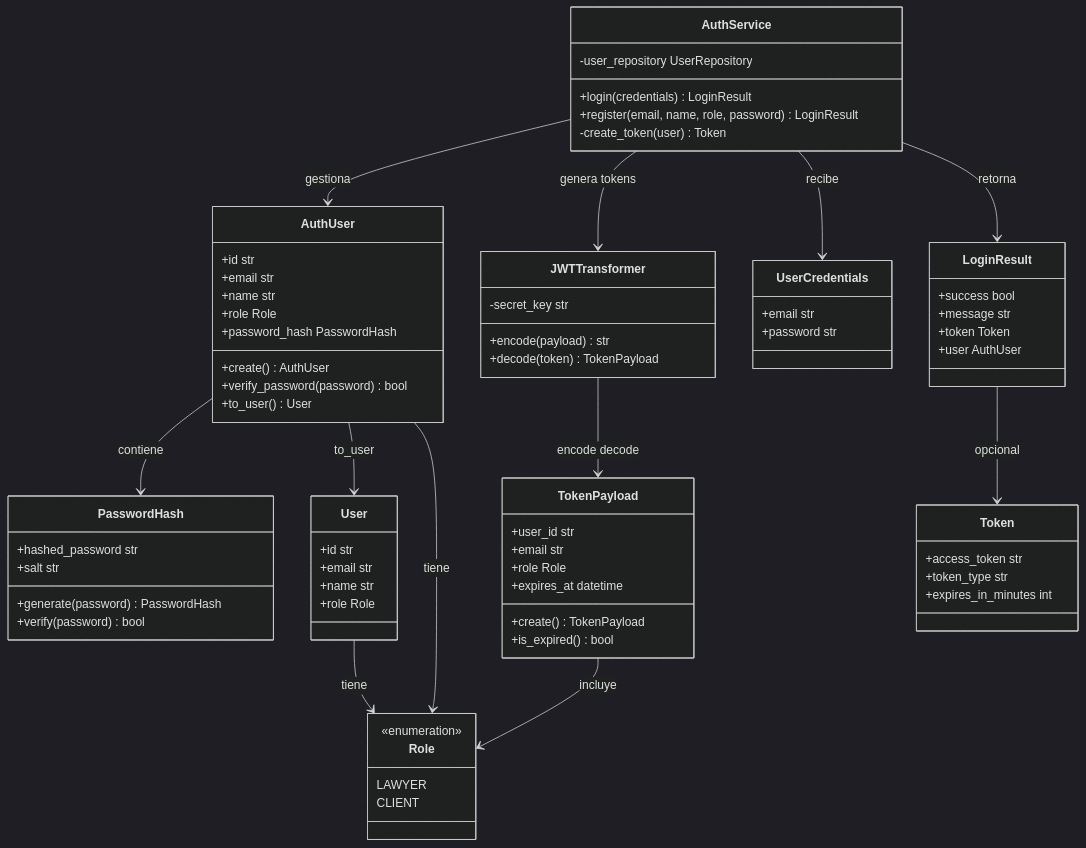
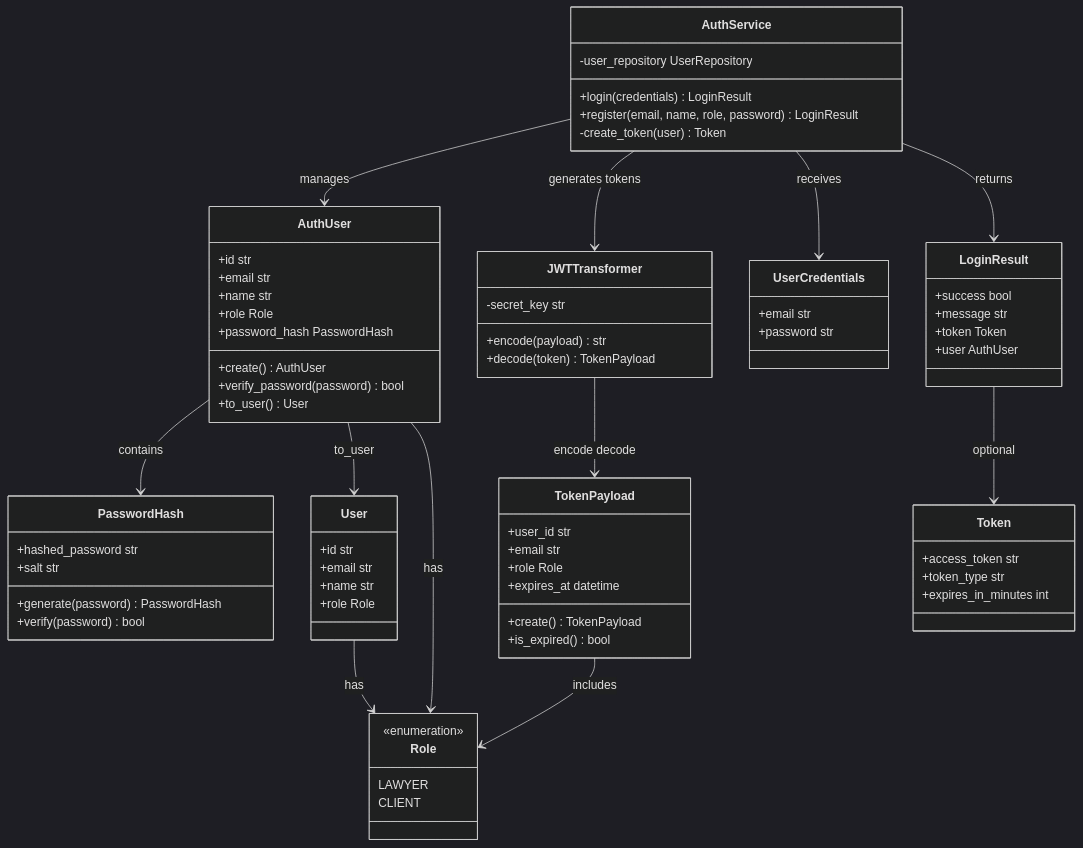
The first of 3 diagrams in docs/architecture/c4-level4-code-auth.md (victorm-ai/legal-rent-ai), drawn with Mermaid (dark theme) before and after one commit. The commit also changed other lines of this file and 57 other files, not shown here.

````diff
--- a/docs/architecture/c4-level4-code-auth.md
+++ b/docs/architecture/c4-level4-code-auth.md
@@ -79,15 +79,15 @@
         CLIENT
     }
 
-    AuthService --> AuthUser : gestiona
-    AuthService --> JWTTransformer : genera tokens
-    AuthService --> UserCredentials : recibe
-    AuthService --> LoginResult : retorna
-    AuthUser --> PasswordHash : contiene
+    AuthService --> AuthUser : manages
+    AuthService --> JWTTransformer : generates tokens
+    AuthService --> UserCredentials : receives
+    AuthService --> LoginResult : returns
+    AuthUser --> PasswordHash : contains
     AuthUser --> User : to_user
-    AuthUser --> Role : tiene
-    LoginResult --> Token : opcional
+    AuthUser --> Role : has
+    LoginResult --> Token : optional
     JWTTransformer --> TokenPayload : encode decode
-    TokenPayload --> Role : incluye
-    User --> Role : tiene
+    TokenPayload --> Role : includes
+    User --> Role : has
 ```
````
